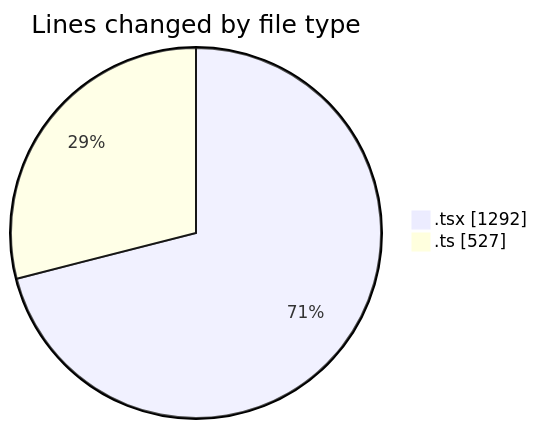
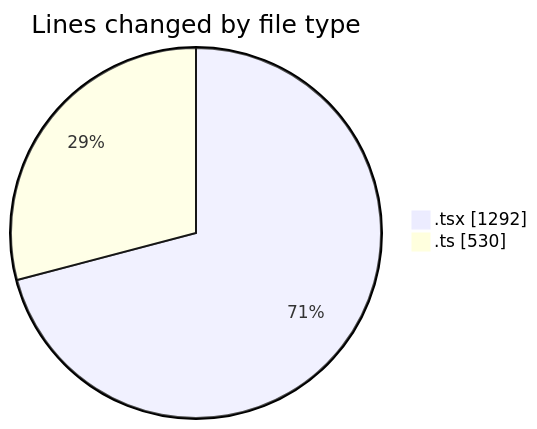
The first of 2 diagrams in 2026-05-12/nxtqube_webapp/README.md (nxtqubesakshisongat/code-tracking), drawn with Mermaid before and after one commit. The commit also changed other lines of this file and 1 other file, not shown here.

````diff
--- a/2026-05-12/nxtqube_webapp/README.md
+++ b/2026-05-12/nxtqube_webapp/README.md
@@ -22,6 +22,6 @@
 ```mermaid
 pie showData
 title Lines changed by file type
 ".tsx" : 1292
-".ts" : 527
+".ts" : 530
 ```
````
